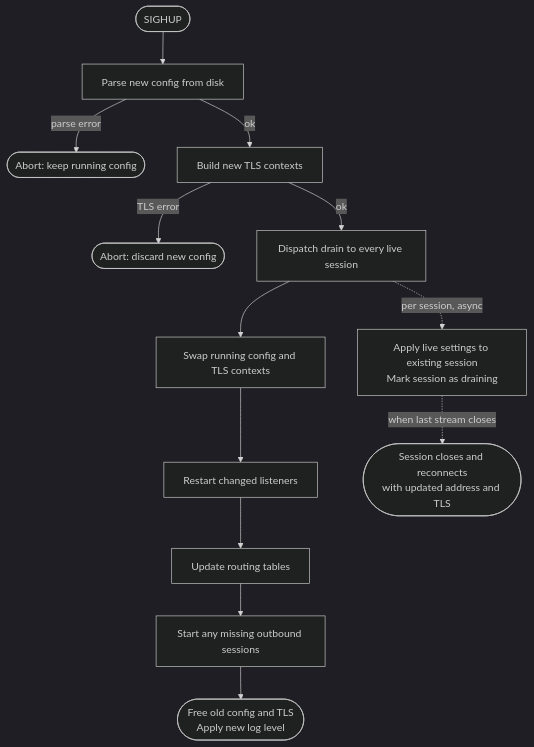
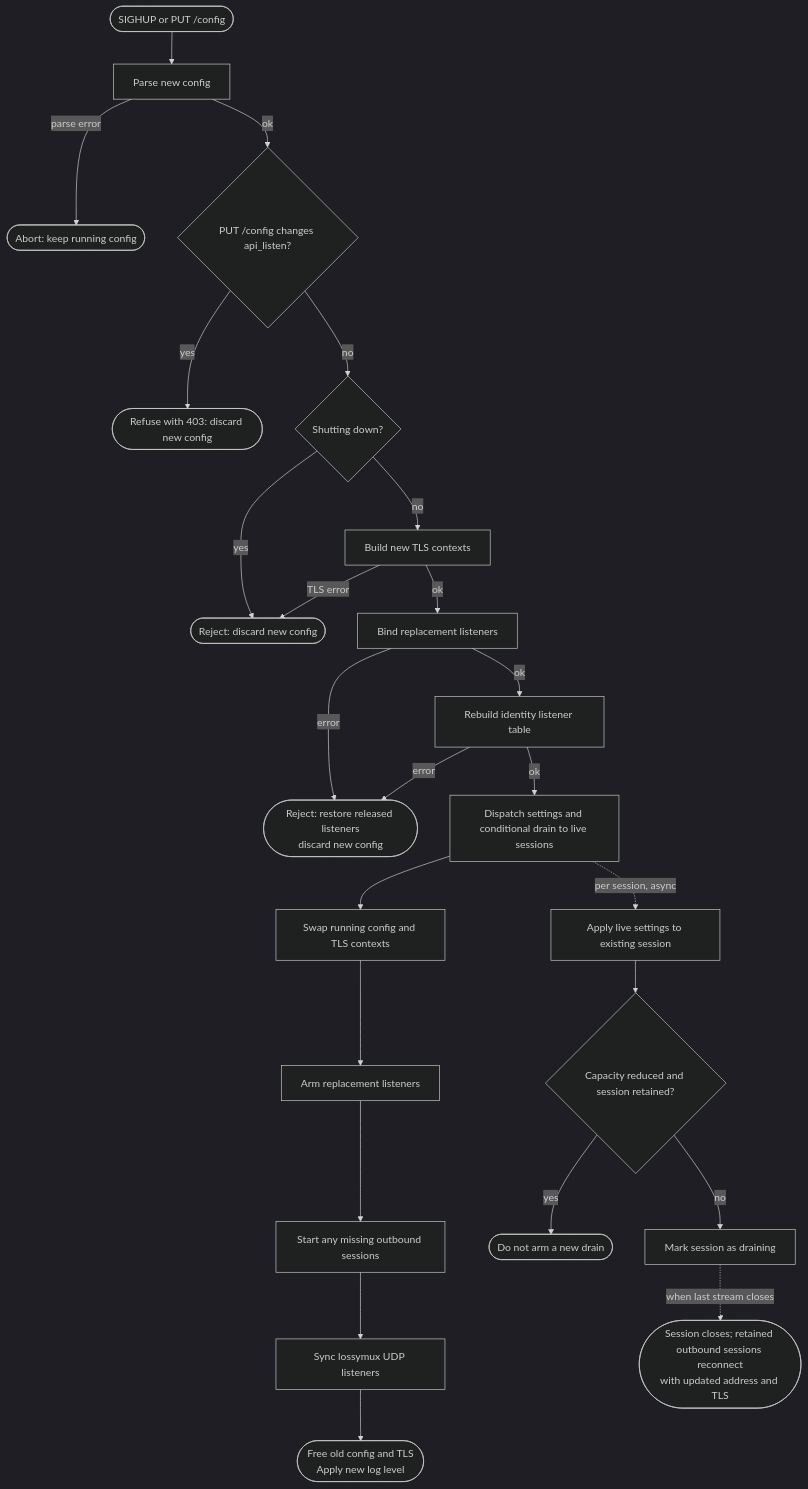
One commit to hexian000/multiplexd changed diagram 19 of 20 in doc/impl.md. Above: the diagram before and after it, drawn with Mermaid (dark theme). The commit also changed other lines of this file and 62 other files, not shown here.

First line of the commit message:
mux: add UDP relay and harden session lifecycle

````diff
--- a/doc/impl.md
+++ b/doc/impl.md
@@ -1309,16 +1398,27 @@
 ```mermaid
 flowchart TD
-  A([SIGHUP]) --> B[Parse new config from disk]
+  A([SIGHUP or PUT /config]) --> B[Parse new config]
   B -- parse error --> Z1([Abort: keep running config])
-  B -- ok --> C[Build new TLS contexts]
-  C -- TLS error --> Z2([Abort: discard new config])
-  C -- ok --> D[Dispatch drain to every live session]
+  B -- ok --> G{PUT /config changes api_listen?}
+  G -- yes --> Z4([Refuse with 403: discard new config])
+  G -- no --> S{Shutting down?}
+  S -- yes --> Z2([Reject: discard new config])
+  S -- no --> C[Build new TLS contexts]
+  C -- TLS error --> Z2
+  C -- ok --> P[Bind replacement listeners]
+  P -- error --> Z3([Reject: restore released listeners\ndiscard new config])
+  P -- ok --> R[Rebuild identity listener table]
+  R -- error --> Z3
+  R -- ok --> D[Dispatch settings and conditional drain to live sessions]
   D --> E[Swap running config and TLS contexts]
-  E --> F[Restart changed listeners]
-  F --> G[Update routing tables]
-  G --> H[Start any missing outbound sessions]
-  H --> I([Free old config and TLS\nApply new log level])
+  E --> F[Arm replacement listeners]
+  F --> H[Start any missing outbound sessions]
+  H --> U[Sync lossymux UDP listeners]
+  U --> I([Free old config and TLS\nApply new log level])
 
-  D -. per session, async .-> K[Apply live settings to existing session\nMark session as draining]
-  K -. when last stream closes .-> L([Session closes and reconnects\nwith updated address and TLS])
+  D -. per session, async .-> K[Apply live settings to existing session]
+  K --> Q{Capacity reduced and session retained?}
+  Q -- yes --> V([Do not arm a new drain])
+  Q -- no --> J[Mark session as draining]
+  J -. when last stream closes .-> L([Session closes; retained outbound sessions reconnect\nwith updated address and TLS])
 ```
````
